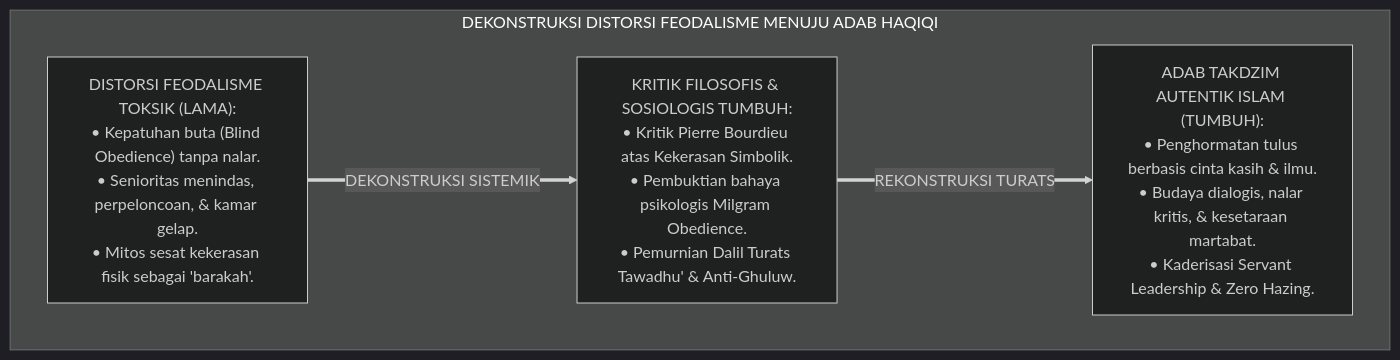
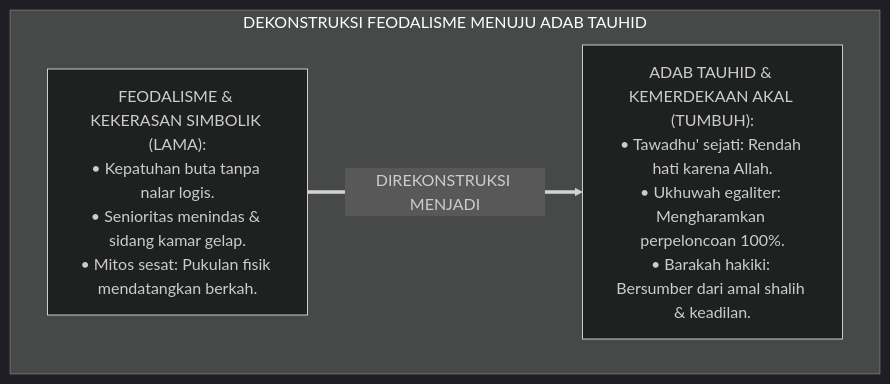
Before and after one commit to wandiapriliyandi/tumbuh: the first of 5 diagrams in 01 Philosophy/04 Education/P1-04-05-Kritik-Epistemologis-Feodalisme-dan-Kekerasan-Pesantren.md, drawn with Mermaid (dark theme). The commit also changed other lines of this file and 7 other files, not shown here.

````diff
--- a/01 Philosophy/04 Education/P1-04-05-Kritik-Epistemologis-Feodalisme-dan-Kekerasan-Pesantren.md
+++ b/01 Philosophy/04 Education/P1-04-05-Kritik-Epistemologis-Feodalisme-dan-Kekerasan-Pesantren.md
@@ -55,12 +56,10 @@
 ```mermaid
 flowchart TD
-    subgraph DekonstruksiFeodalismePesantren["DEKONSTRUKSI DISTORSI FEODALISME MENUJU ADAB HAQIQI"]
-        Distorsi["DISTORSI FEODALISME TOKSIK (LAMA):<br/>• Kepatuhan buta (Blind Obedience) tanpa nalar.<br/>• Senioritas menindas, perpeloncoan, & kamar gelap.<br/>• Mitos sesat kekerasan fisik sebagai 'barakah'."]
+    subgraph DekonstruksiFeodalismePesantren["DEKONSTRUKSI FEODALISME MENUJU ADAB TAUHID"]
+        PolaFeodalLama["FEODALISME & KEKERASAN SIMBOLIK (LAMA):<br/>• Kepatuhan buta tanpa nalar logis.<br/>• Senioritas menindas & sidang kamar gelap.<br/>• Mitos sesat: Pukulan fisik mendatangkan berkah."]
         
-        KritikEpistimologi["KRITIK FILOSOFIS & SOSIOLOGIS TUMBUH:<br/>• Kritik Pierre Bourdieu atas Kekerasan Simbolik.<br/>• Pembuktian bahaya psikologis Milgram Obedience.<br/>• Pemurnian Dalil Turats Tawadhu' & Anti-Ghuluw."]
+        PolaEmansipasiTUMBUH["ADAB TAUHID & KEMERDEKAAN AKAL (TUMBUH):<br/>• Tawadhu' sejati: Rendah hati karena Allah.<br/>• Ukhuwah egaliter: Mengharamkan perpeloncoan 100%.<br/>• Barakah hakiki: Bersumber dari amal shalih & keadilan."]
         
-        AdabHaqiqi["ADAB TAKDZIM AUTENTIK ISLAM (TUMBUH):<br/>• Penghormatan tulus berbasis cinta kasih & ilmu.<br/>• Budaya dialogis, nalar kritis, & kesetaraan martabat.<br/>• Kaderisasi Servant Leadership & Zero Hazing."]
-        
-        Distorsi ==>|DEKONSTRUKSI SISTEMIK| KritikEpistimologi ==>|REKONSTRUKSI TURATS| AdabHaqiqi
+        PolaFeodalLama ==>|DIREKONSTRUKSI MENJADI| PolaEmansipasiTUMBUH
     end
 ```
````
